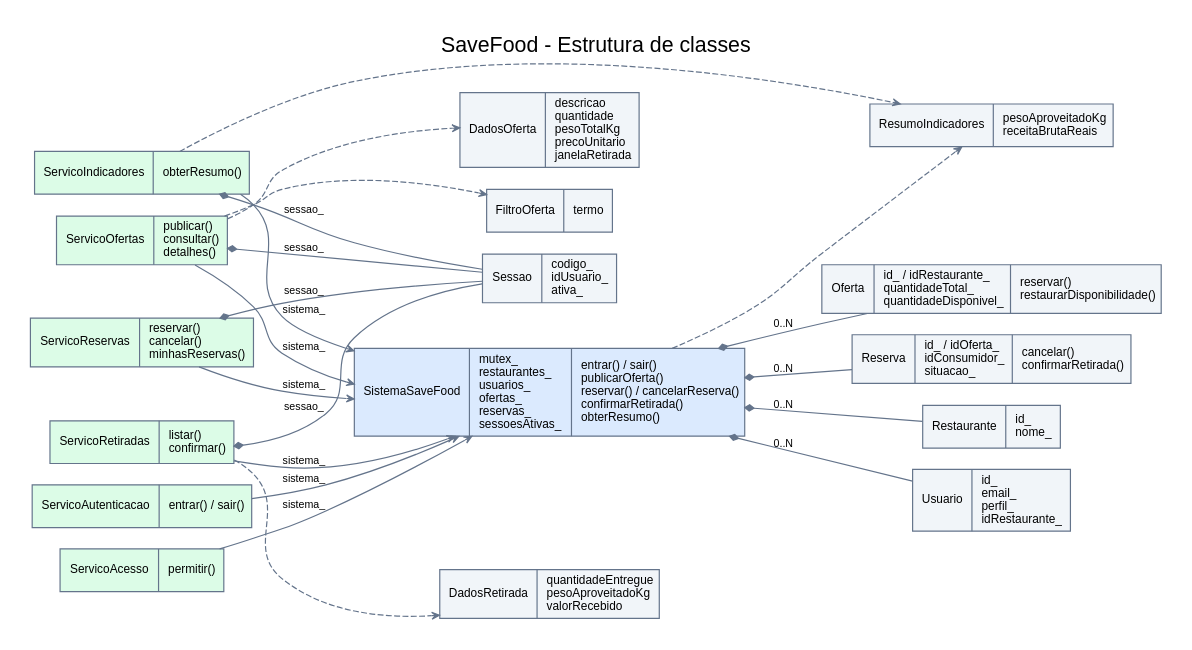
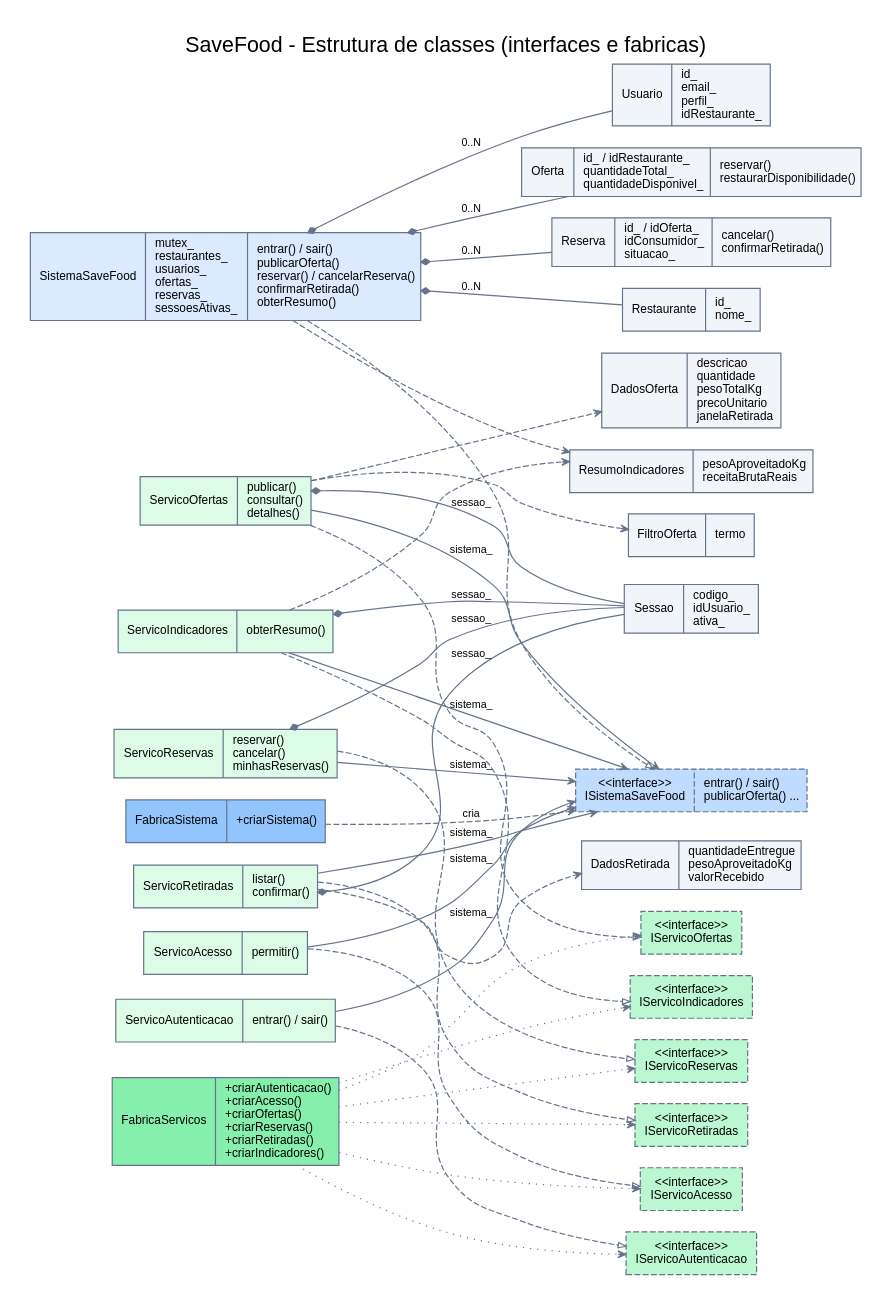
The diagram in doc/graficos/classes.dot (JaderleyJR/BCC322), drawn with Graphviz before and after one commit. The commit also changed 503 other files, not shown here.

```diff
--- a/doc/graficos/classes.dot
+++ b/doc/graficos/classes.dot
@@ -1,40 +1,63 @@
 digraph Classes {
-  graph [rankdir=LR, bgcolor="white", pad=.25, nodesep=.24, ranksep=.65, fontname="Arial", fontsize=18, label="SaveFood - Estrutura de classes", labelloc=t];
+  graph [rankdir=LR, bgcolor="white", pad=.25, nodesep=.24, ranksep=.65, fontname="Arial", fontsize=18, label="SaveFood - Estrutura de classes (interfaces e fabricas)", labelloc=t];
   node [shape=record, style=filled, fillcolor="#f1f5f9", color="#64748b", fontname="Arial", fontsize=10];
   edge [color="#64748b", fontname="Arial", fontsize=9, arrowsize=.65];
   SistemaSaveFood [label="{SistemaSaveFood|mutex_\lrestaurantes_\lusuarios_\lofertas_\lreservas_\lsessoesAtivas_\l|entrar() / sair()\lpublicarOferta()\lreservar() / cancelarReserva()\lconfirmarRetirada()\lobterResumo()\l}", fillcolor="#dbeafe"];
   Restaurante [label="{Restaurante|id_\lnome_\l}", fillcolor="#f1f5f9"];
   Usuario [label="{Usuario|id_\lemail_\lperfil_\lidRestaurante_\l}", fillcolor="#f1f5f9"];
   Sessao [label="{Sessao|codigo_\lidUsuario_\lativa_\l}", fillcolor="#f1f5f9"];
   Oferta [label="{Oferta|id_ / idRestaurante_\lquantidadeTotal_\lquantidadeDisponivel_\l|reservar()\lrestaurarDisponibilidade()\l}", fillcolor="#f1f5f9"];
   Reserva [label="{Reserva|id_ / idOferta_\lidConsumidor_\lsituacao_\l|cancelar()\lconfirmarRetirada()\l}", fillcolor="#f1f5f9"];
   ResumoIndicadores [label="{ResumoIndicadores|pesoAproveitadoKg\lreceitaBrutaReais\l}", fillcolor="#f1f5f9"];
   DadosOferta [label="{DadosOferta|descricao\lquantidade\lpesoTotalKg\lprecoUnitario\ljanelaRetirada\l}", fillcolor="#f1f5f9"];
   FiltroOferta [label="{FiltroOferta|termo\l}", fillcolor="#f1f5f9"];
   DadosRetirada [label="{DadosRetirada|quantidadeEntregue\lpesoAproveitadoKg\lvalorRecebido\l}", fillcolor="#f1f5f9"];
   ServicoAutenticacao [label="{ServicoAutenticacao|entrar() / sair()\l}", fillcolor="#dcfce7"];
   ServicoAcesso [label="{ServicoAcesso|permitir()\l}", fillcolor="#dcfce7"];
   ServicoOfertas [label="{ServicoOfertas|publicar()\lconsultar()\ldetalhes()\l}", fillcolor="#dcfce7"];
   ServicoReservas [label="{ServicoReservas|reservar()\lcancelar()\lminhasReservas()\l}", fillcolor="#dcfce7"];
   ServicoRetiradas [label="{ServicoRetiradas|listar()\lconfirmar()\l}", fillcolor="#dcfce7"];
   ServicoIndicadores [label="{ServicoIndicadores|obterResumo()\l}", fillcolor="#dcfce7"];
-  ServicoAutenticacao -> SistemaSaveFood [label="sistema_", arrowhead=vee];
-  ServicoAcesso -> SistemaSaveFood [label="sistema_", arrowhead=vee];
-  ServicoOfertas -> SistemaSaveFood [label="sistema_", arrowhead=vee];
+  ServicoAutenticacao -> ISistemaSaveFood [label="sistema_", arrowhead=vee];
+  ServicoAcesso -> ISistemaSaveFood [label="sistema_", arrowhead=vee];
+  ServicoOfertas -> ISistemaSaveFood [label="sistema_", arrowhead=vee];
   ServicoOfertas -> Sessao [label="sessao_", dir=both, arrowtail=diamond, arrowhead=none];
-  ServicoReservas -> SistemaSaveFood [label="sistema_", arrowhead=vee];
+  ServicoReservas -> ISistemaSaveFood [label="sistema_", arrowhead=vee];
   ServicoReservas -> Sessao [label="sessao_", dir=both, arrowtail=diamond, arrowhead=none];
-  ServicoRetiradas -> SistemaSaveFood [label="sistema_", arrowhead=vee];
+  ServicoRetiradas -> ISistemaSaveFood [label="sistema_", arrowhead=vee];
   ServicoRetiradas -> Sessao [label="sessao_", dir=both, arrowtail=diamond, arrowhead=none];
-  ServicoIndicadores -> SistemaSaveFood [label="sistema_", arrowhead=vee];
+  ServicoIndicadores -> ISistemaSaveFood [label="sistema_", arrowhead=vee];
   ServicoIndicadores -> Sessao [label="sessao_", dir=both, arrowtail=diamond, arrowhead=none];
   SistemaSaveFood -> Restaurante [label="0..N", dir=both, arrowtail=diamond, arrowhead=none];
   SistemaSaveFood -> Usuario [label="0..N", dir=both, arrowtail=diamond, arrowhead=none];
   SistemaSaveFood -> Oferta [label="0..N", dir=both, arrowtail=diamond, arrowhead=none];
   SistemaSaveFood -> Reserva [label="0..N", dir=both, arrowtail=diamond, arrowhead=none];
   SistemaSaveFood -> ResumoIndicadores [style=dashed, arrowhead=vee];
   ServicoOfertas -> DadosOferta [style=dashed, arrowhead=vee];
   ServicoOfertas -> FiltroOferta [style=dashed, arrowhead=vee];
   ServicoRetiradas -> DadosRetirada [style=dashed, arrowhead=vee];
   ServicoIndicadores -> ResumoIndicadores [style=dashed, arrowhead=vee];
+  ISistemaSaveFood [label="{\<\<interface\>\>\nISistemaSaveFood|entrar() / sair()\lpublicarOferta() ...\l}", fillcolor="#bfdbfe", style="filled,dashed"];
+  FabricaSistema [label="{FabricaSistema|+criarSistema()\l}", fillcolor="#93c5fd"];
+  FabricaServicos [label="{FabricaServicos|+criarAutenticacao()\l+criarAcesso()\l+criarOfertas()\l+criarReservas()\l+criarRetiradas()\l+criarIndicadores()\l}", fillcolor="#86efac"];
+  SistemaSaveFood -> ISistemaSaveFood [arrowhead=empty, style=dashed];
+  FabricaSistema -> ISistemaSaveFood [label="cria", style=dashed, arrowhead=vee];
+  IServicoAutenticacao [label="{\<\<interface\>\>\nIServicoAutenticacao}", fillcolor="#bbf7d0", style="filled,dashed"];
+  ServicoAutenticacao -> IServicoAutenticacao [arrowhead=empty, style=dashed];
+  FabricaServicos -> IServicoAutenticacao [style=dotted, arrowhead=vee];
+  IServicoAcesso [label="{\<\<interface\>\>\nIServicoAcesso}", fillcolor="#bbf7d0", style="filled,dashed"];
+  ServicoAcesso -> IServicoAcesso [arrowhead=empty, style=dashed];
+  FabricaServicos -> IServicoAcesso [style=dotted, arrowhead=vee];
+  IServicoOfertas [label="{\<\<interface\>\>\nIServicoOfertas}", fillcolor="#bbf7d0", style="filled,dashed"];
+  ServicoOfertas -> IServicoOfertas [arrowhead=empty, style=dashed];
+  FabricaServicos -> IServicoOfertas [style=dotted, arrowhead=vee];
+  IServicoReservas [label="{\<\<interface\>\>\nIServicoReservas}", fillcolor="#bbf7d0", style="filled,dashed"];
+  ServicoReservas -> IServicoReservas [arrowhead=empty, style=dashed];
+  FabricaServicos -> IServicoReservas [style=dotted, arrowhead=vee];
+  IServicoRetiradas [label="{\<\<interface\>\>\nIServicoRetiradas}", fillcolor="#bbf7d0", style="filled,dashed"];
+  ServicoRetiradas -> IServicoRetiradas [arrowhead=empty, style=dashed];
+  FabricaServicos -> IServicoRetiradas [style=dotted, arrowhead=vee];
+  IServicoIndicadores [label="{\<\<interface\>\>\nIServicoIndicadores}", fillcolor="#bbf7d0", style="filled,dashed"];
+  ServicoIndicadores -> IServicoIndicadores [arrowhead=empty, style=dashed];
+  FabricaServicos -> IServicoIndicadores [style=dotted, arrowhead=vee];
 }
```
